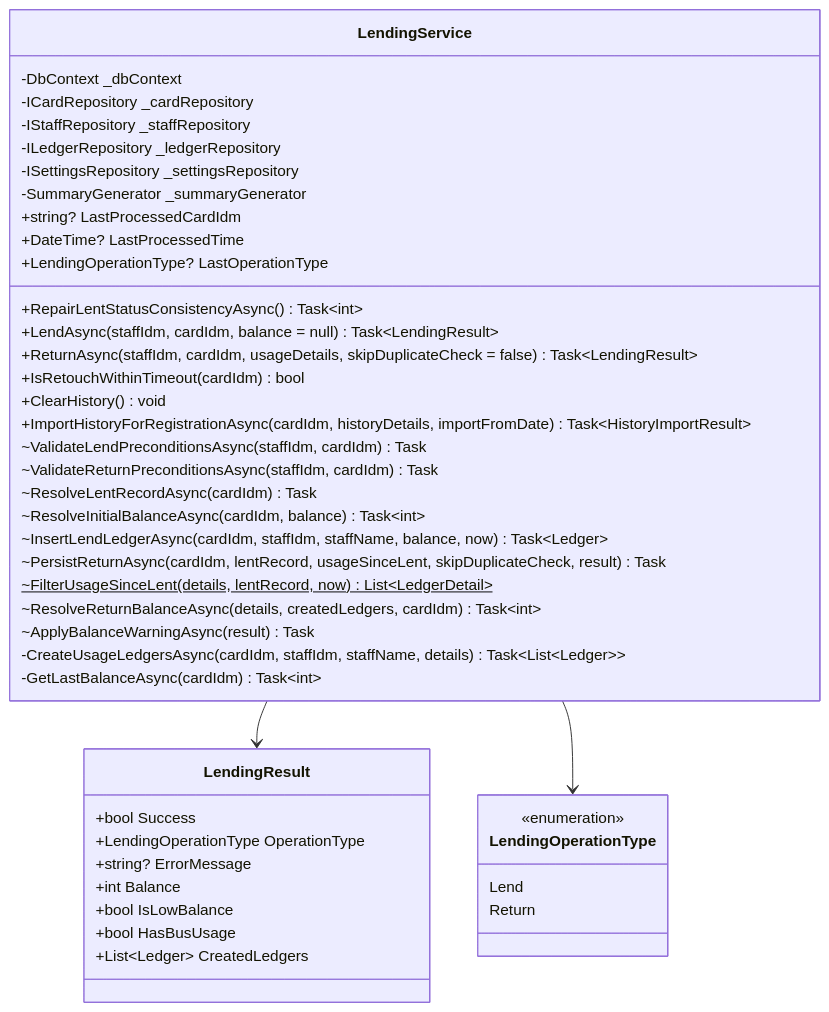
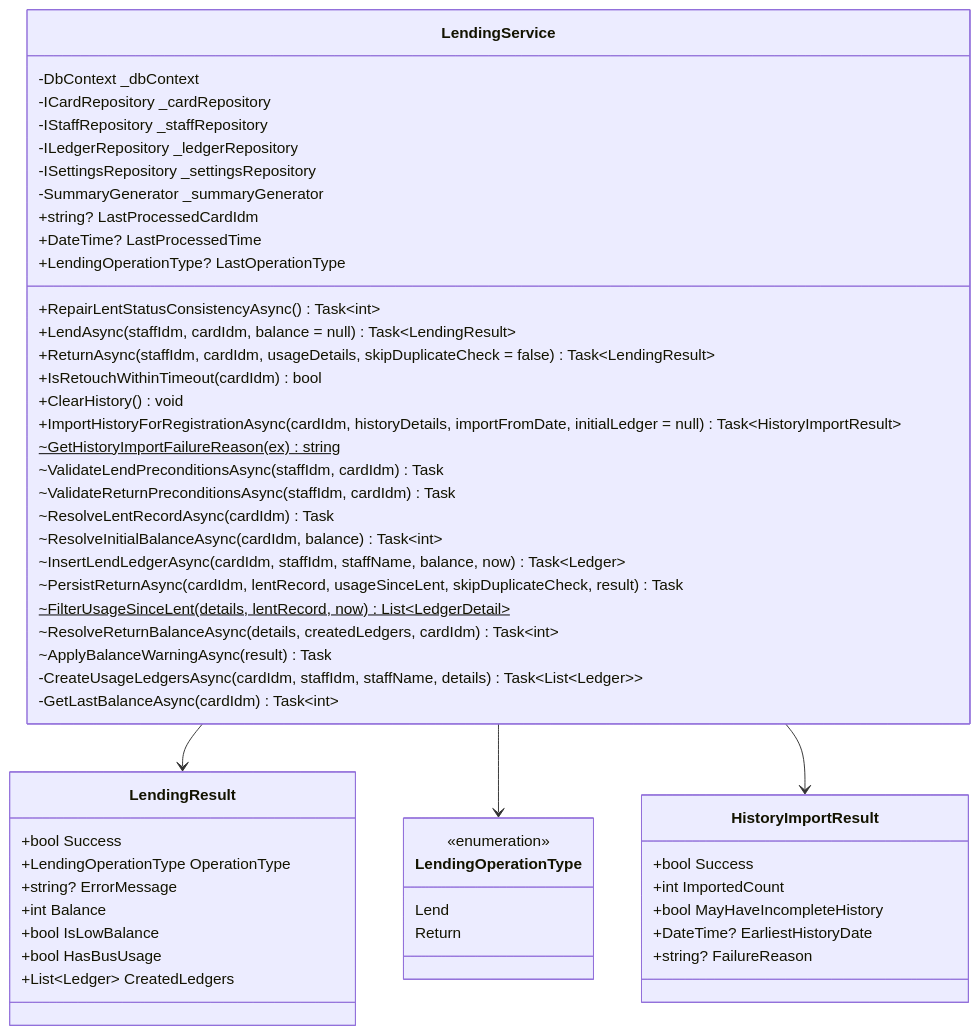
One commit to kuwayamamasayuki/ICCardManager changed the fifth of 48 diagrams in ICCardManager/docs/design/05_クラス設計書.md. Above: the diagram before and after it, drawn with Mermaid. The commit also changed other lines of this file and 8 other files, not shown here.

````diff
--- a/ICCardManager/docs/design/05_クラス設計書.md
+++ b/ICCardManager/docs/design/05_クラス設計書.md
@@ -483,50 +483,60 @@
 ```mermaid
 classDiagram
     class LendingService {
         -DbContext _dbContext
         -ICardRepository _cardRepository
         -IStaffRepository _staffRepository
         -ILedgerRepository _ledgerRepository
         -ISettingsRepository _settingsRepository
         -SummaryGenerator _summaryGenerator
         +string? LastProcessedCardIdm
         +DateTime? LastProcessedTime
         +LendingOperationType? LastOperationType
         +RepairLentStatusConsistencyAsync() Task~int~
         +LendAsync(staffIdm, cardIdm, balance = null) Task~LendingResult~
         +ReturnAsync(staffIdm, cardIdm, usageDetails, skipDuplicateCheck = false) Task~LendingResult~
         +IsRetouchWithinTimeout(cardIdm) bool
         +ClearHistory() void
-        +ImportHistoryForRegistrationAsync(cardIdm, historyDetails, importFromDate) Task~HistoryImportResult~
+        +ImportHistoryForRegistrationAsync(cardIdm, historyDetails, importFromDate, initialLedger = null) Task~HistoryImportResult~
+        ~GetHistoryImportFailureReason(ex)$ string
         ~ValidateLendPreconditionsAsync(staffIdm, cardIdm) Task
         ~ValidateReturnPreconditionsAsync(staffIdm, cardIdm) Task
         ~ResolveLentRecordAsync(cardIdm) Task
         ~ResolveInitialBalanceAsync(cardIdm, balance) Task~int~
         ~InsertLendLedgerAsync(cardIdm, staffIdm, staffName, balance, now) Task~Ledger~
         ~PersistReturnAsync(cardIdm, lentRecord, usageSinceLent, skipDuplicateCheck, result) Task
         ~FilterUsageSinceLent(details, lentRecord, now)$ List~LedgerDetail~
         ~ResolveReturnBalanceAsync(details, createdLedgers, cardIdm) Task~int~
         ~ApplyBalanceWarningAsync(result) Task
         -CreateUsageLedgersAsync(cardIdm, staffIdm, staffName, details) Task~List~Ledger~~
         -GetLastBalanceAsync(cardIdm) Task~int~
     }
 
     class LendingResult {
         +bool Success
         +LendingOperationType OperationType
         +string? ErrorMessage
         +int Balance
         +bool IsLowBalance
         +bool HasBusUsage
         +List~Ledger~ CreatedLedgers
     }
 
     class LendingOperationType {
         <<enumeration>>
         Lend
         Return
     }
 
+    class HistoryImportResult {
+        +bool Success
+        +int ImportedCount
+        +bool MayHaveIncompleteHistory
+        +DateTime? EarliestHistoryDate
+        +string? FailureReason
+    }
+
     LendingService --> LendingResult
     LendingService --> LendingOperationType
+    LendingService --> HistoryImportResult
 ```
````
